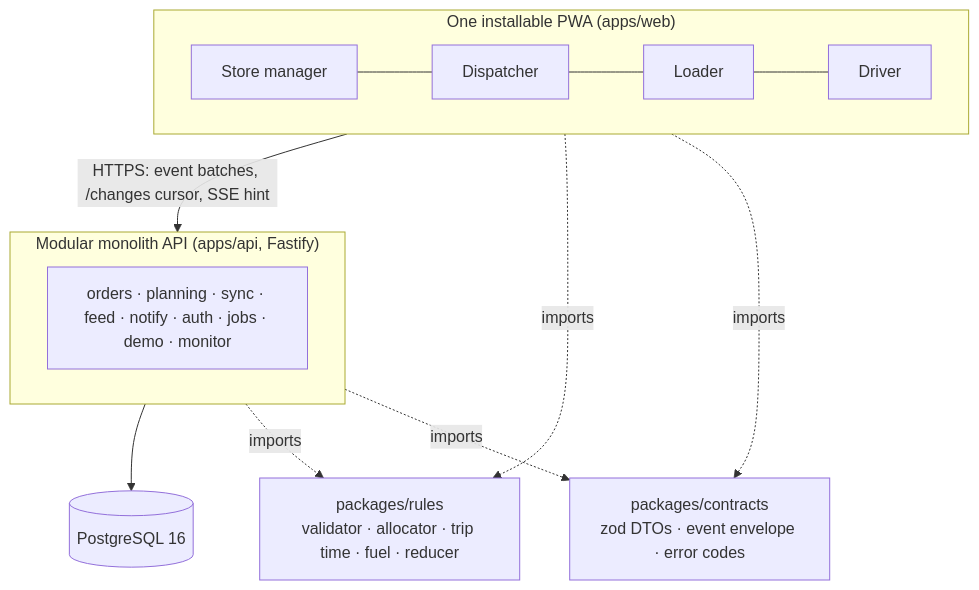
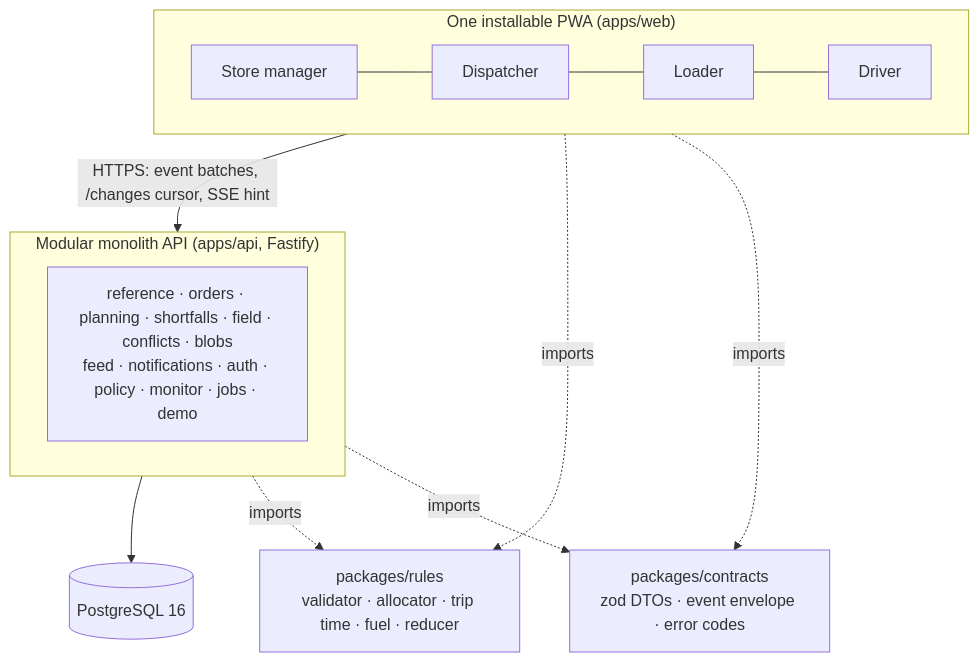
One commit to HellFireInfernoStorm/GreatSupineProtoplasmicInvertebrateJellies_NextDrop changed the diagram in README.md. Above: the diagram before and after it, drawn with Mermaid. The commit also changed 2 other files, not shown here.

Commit message:
Refresh the architecture and data model docs (#177) (#178)
The diagram now lists the 14 real API modules, the public host is
named, the build status table matches main at 8d49e6b, and the units
convention matches the schema (Decimal reference units, integer order
totals).

````diff
--- a/README.md
+++ b/README.md
@@ -248,16 +248,16 @@
 ```mermaid
 flowchart TB
   subgraph Client["One installable PWA (apps/web)"]
     S[Store manager] --- D[Dispatcher] --- L[Loader] --- R[Driver]
   end
   subgraph API["Modular monolith API (apps/api, Fastify)"]
-    M["orders · planning · sync · feed · notify · auth · jobs · demo · monitor"]
+    M["reference · orders · planning · shortfalls · field · conflicts · blobs<br/>feed · notifications · auth · policy · monitor · jobs · demo"]
   end
   Rules["packages/rules<br/>validator · allocator · trip time · fuel · reducer"]
   Contracts["packages/contracts<br/>zod DTOs · event envelope · error codes"]
   DB[("PostgreSQL 16")]
   Client -- "HTTPS: event batches, /changes cursor, SSE hint" --> API
   API --> DB
   Client -. imports .-> Rules & Contracts
   API -. imports .-> Rules & Contracts
 ```
````
